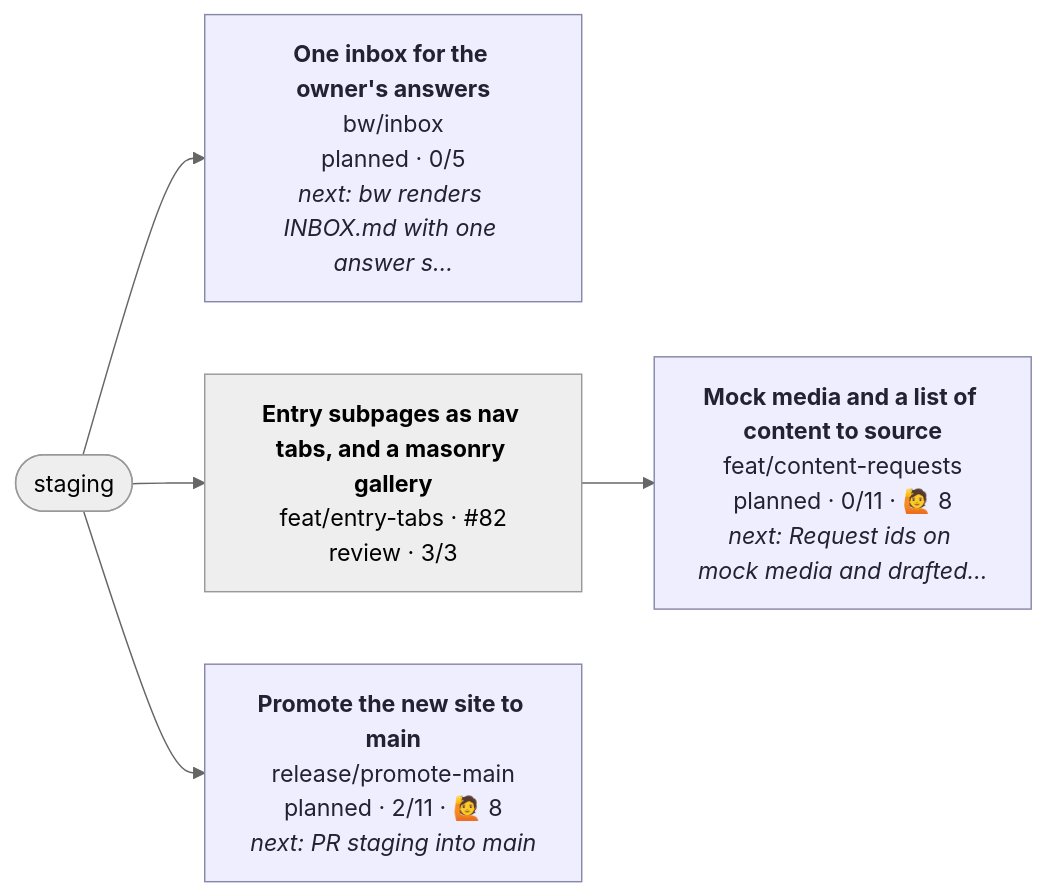
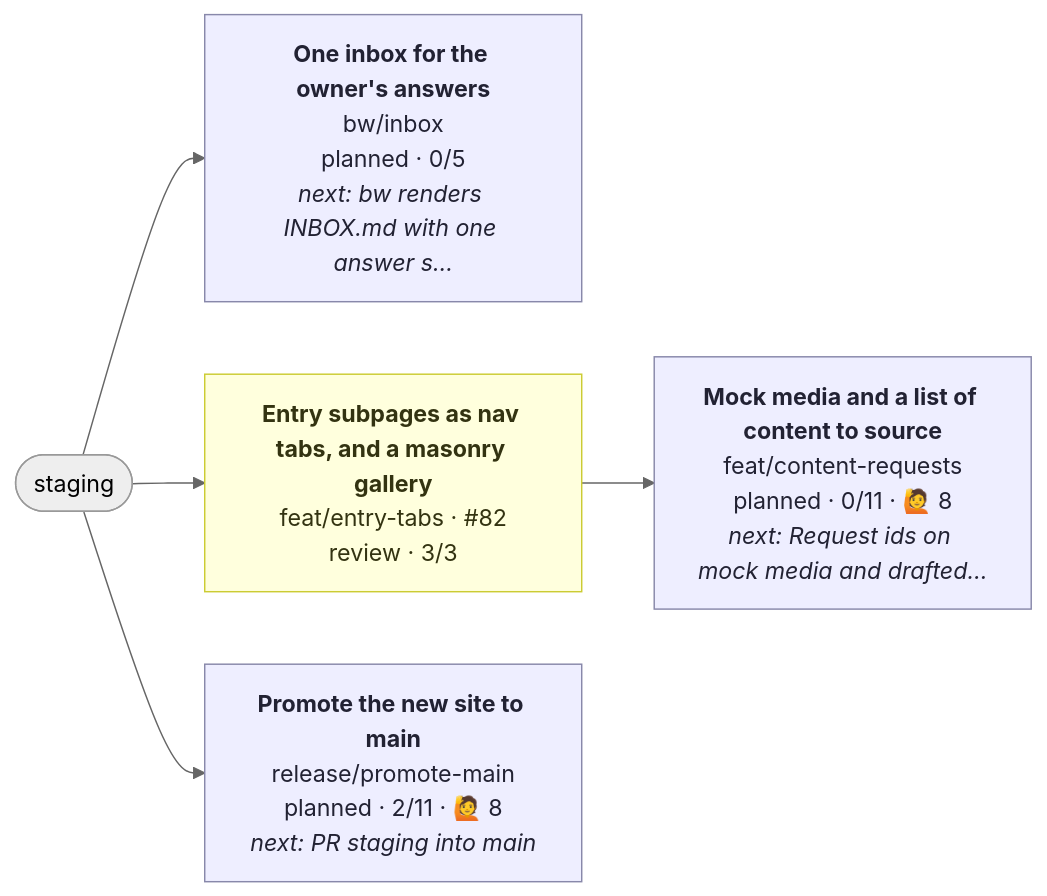
The diagram in CONTRIBUTING.md (henryjonescodes/portfolio), drawn with Mermaid (neutral theme) before and after one commit. The commit also changed other lines of this file, not shown here.

````diff
--- a/CONTRIBUTING.md
+++ b/CONTRIBUTING.md
@@ -16,21 +16,21 @@
 ```mermaid
 flowchart LR
   n_staging([staging])
   n_bw_inbox["<b>One inbox for the owner's answers</b><br/>bw/inbox<br/>planned · 0/5<br/><i>next: bw renders INBOX.md with one answer s…</i>"]
   class n_bw_inbox planned
   n_staging --> n_bw_inbox
   n_feat_content_requests["<b>Mock media and a list of content to source</b><br/>feat/content-requests<br/>planned · 0/11 · 🙋 8<br/><i>next: Request ids on mock media and drafted…</i>"]
   class n_feat_content_requests planned
   n_feat_entry_tabs --> n_feat_content_requests
   n_feat_entry_tabs["<b>Entry subpages as nav tabs, and a masonry gallery</b><br/>feat/entry-tabs · #82<br/>review · 3/3"]
-  class n_feat_entry_tabs review,current
+  class n_feat_entry_tabs review
   n_staging --> n_feat_entry_tabs
   n_release_promote_main["<b>Promote the new site to main</b><br/>release/promote-main<br/>planned · 2/11 · 🙋 8<br/><i>next: PR staging into main</i>"]
   class n_release_promote_main planned
   n_staging --> n_release_promote_main
   classDef planned fill:#eef,stroke:#88a,color:#223
   classDef active fill:#dfd,stroke:#3a3,stroke-width:3px,color:#132
   classDef blocked fill:#fdd,stroke:#c33,color:#311
   classDef review fill:#ffd,stroke:#cc3,color:#331
   classDef current stroke:#06c,stroke-width:4px
 ```
````
